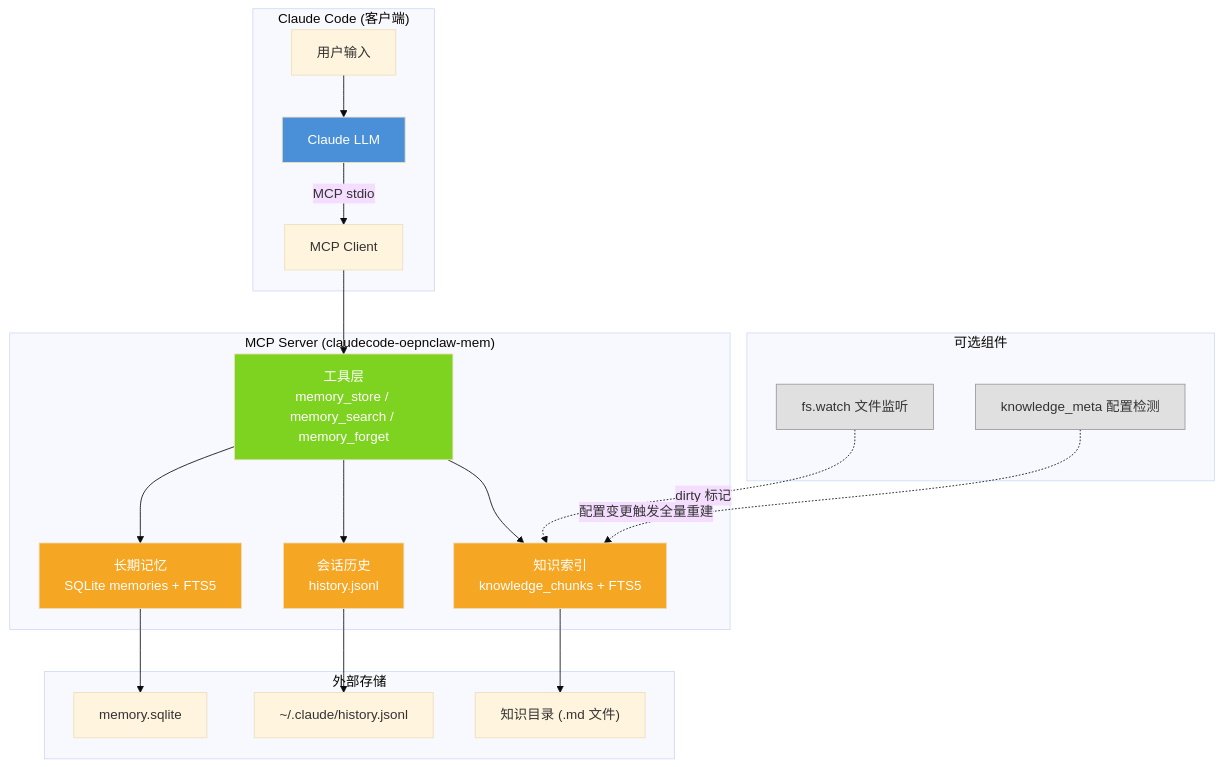
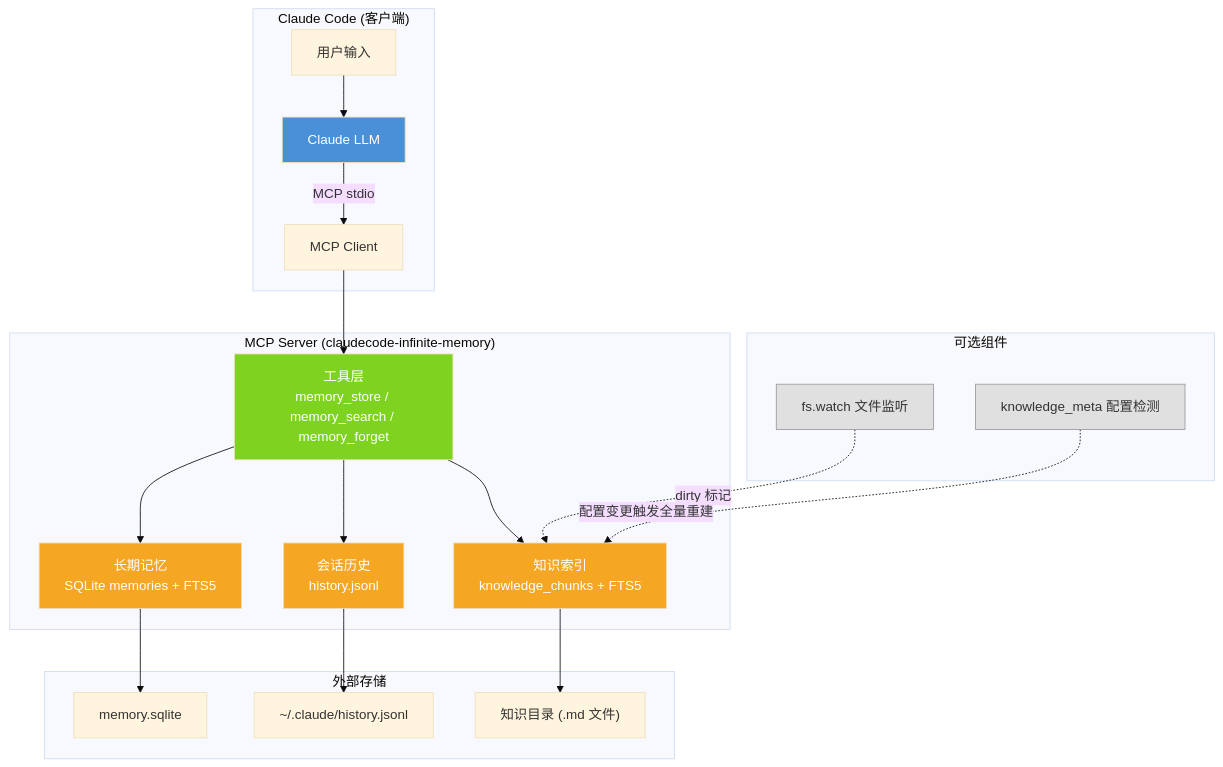
One commit to lchaoer/claudecode-oepnclaw-mem changed the first of 10 diagrams in ARCHITECTURE.md. Above: the diagram before and after it, drawn with Mermaid (base theme). The commit also changed other lines of this file and 5 other files, not shown here.

````diff
--- a/ARCHITECTURE.md
+++ b/ARCHITECTURE.md
@@ -7,37 +7,37 @@
 ```mermaid
 graph TB
     subgraph "Claude Code (客户端)"
         U["用户输入"] --> LLM["Claude LLM"]
         LLM -->|MCP stdio| CLIENT["MCP Client"]
     end
 
-    subgraph "MCP Server (claudecode-oepnclaw-mem)"
+    subgraph "MCP Server (claudecode-infinite-memory)"
         CLIENT --> TOOLS["工具层<br/>memory_store / memory_search / memory_forget"]
 
         TOOLS --> DB["长期记忆<br/>SQLite memories + FTS5"]
         TOOLS --> HIST["会话历史<br/>history.jsonl"]
         TOOLS --> KNOW["知识索引<br/>knowledge_chunks + FTS5"]
     end
 
     subgraph "外部存储"
         DB --> SQLITE["memory.sqlite"]
         HIST --> JSONL["~/.claude/history.jsonl"]
         KNOW --> MDDIR["知识目录 (.md 文件)"]
     end
 
     subgraph "可选组件"
         WATCHER["fs.watch 文件监听"]
         META["knowledge_meta 配置检测"]
     end
 
     WATCHER -.->|dirty 标记| KNOW
     META -.->|配置变更触发全量重建| KNOW
 
     style LLM fill:#4a90d9,color:#fff
     style TOOLS fill:#7ed321,color:#fff
     style DB fill:#f5a623,color:#fff
     style HIST fill:#f5a623,color:#fff
     style KNOW fill:#f5a623,color:#fff
     style WATCHER fill:#e0e0e0,stroke:#999
     style META fill:#e0e0e0,stroke:#999
 ```
````
